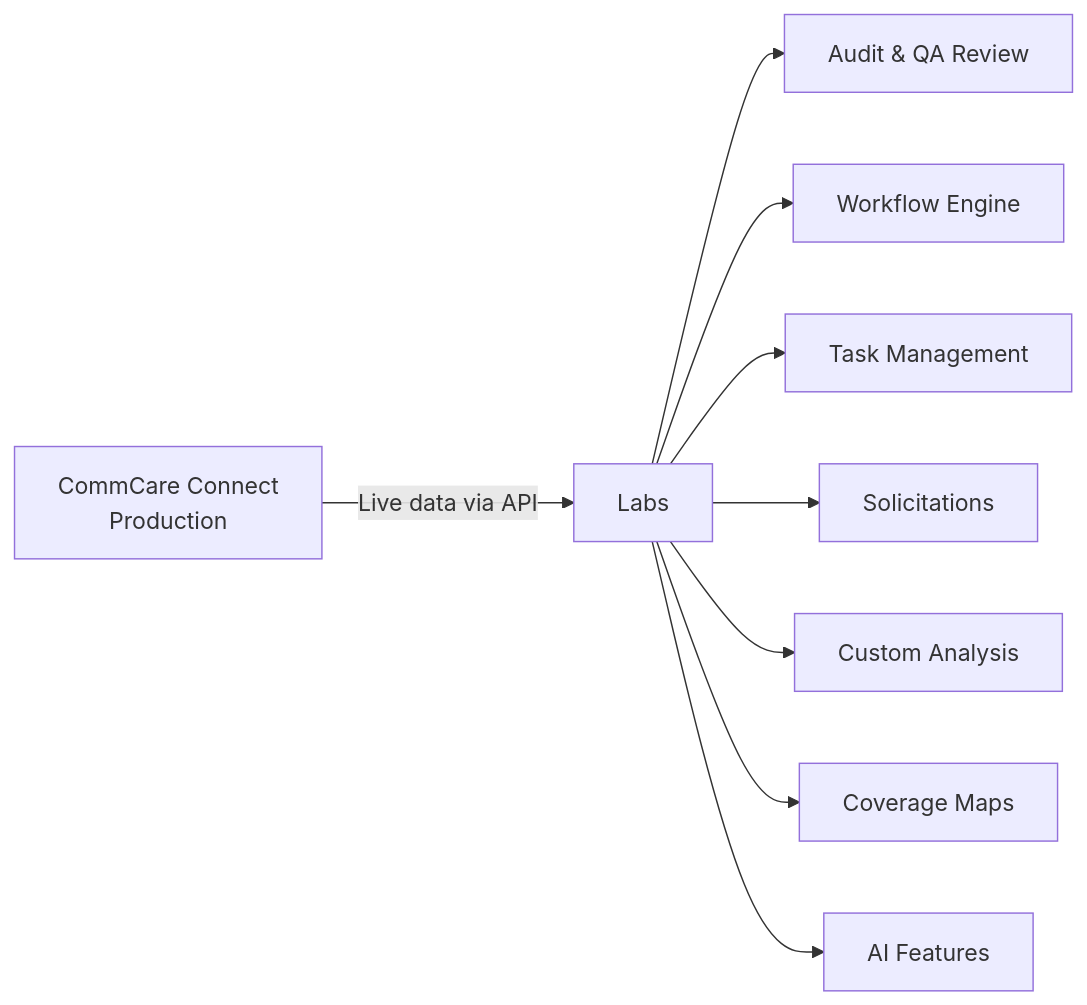
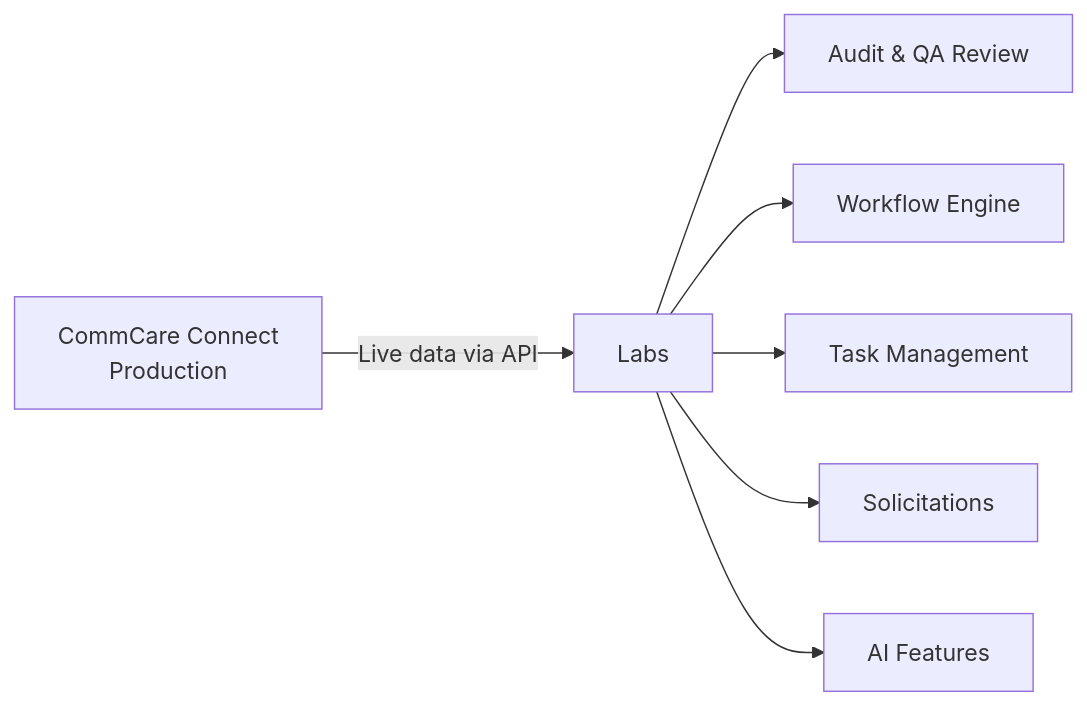
Before and after one commit to dimagi-internal/connect-labs: the diagram in user_docs/index.md, drawn with Mermaid. The commit also changed other lines of this file and 130 other files, not shown here.

First line of the commit message:
Remove custom_analysis, Coverage and MBW v1: replaced and unused (#2746)

````diff
--- a/user_docs/index.md
+++ b/user_docs/index.md
@@ -20,12 +20,10 @@
 ```mermaid
 graph LR
     CC[CommCare Connect\nProduction] -->|Live data via API| Labs
 
     Labs --> A[Audit & QA Review]
     Labs --> W[Workflow Engine]
     Labs --> T[Task Management]
     Labs --> S[Solicitations]
-    Labs --> C[Custom Analysis]
-    Labs --> M[Coverage Maps]
     Labs --> AI[AI Features]
 ```
````
